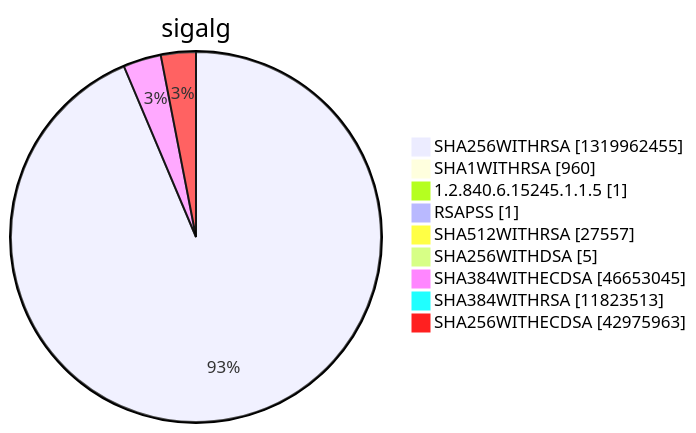
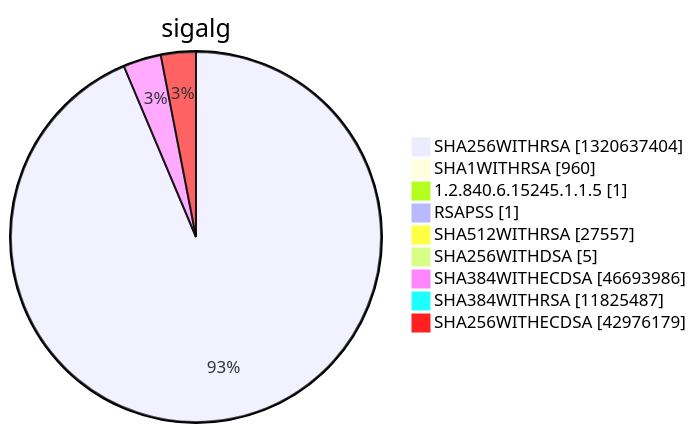
Diagram 15 of 15 in argon2022/README.md (christiankrug/ctmonitor_visualization), drawn with Mermaid before and after one commit. The commit also changed other lines of this file, not shown here.

````diff
--- a/argon2022/README.md
+++ b/argon2022/README.md
@@ -5524,13 +5524,13 @@
 ```mermaid
 pie showData
 title sigalg
-"SHA256WITHRSA" :1319962455
+"SHA256WITHRSA" :1320637404
 "SHA1WITHRSA" :960
 "1.2.840.6.15245.1.1.5" :1
 "RSAPSS" :1
 "SHA512WITHRSA" :27557
 "SHA256WITHDSA" :5
-"SHA384WITHECDSA" :46653045
-"SHA384WITHRSA" :11823513
-"SHA256WITHECDSA" :42975963
+"SHA384WITHECDSA" :46693986
+"SHA384WITHRSA" :11825487
+"SHA256WITHECDSA" :42976179
 ```
````
